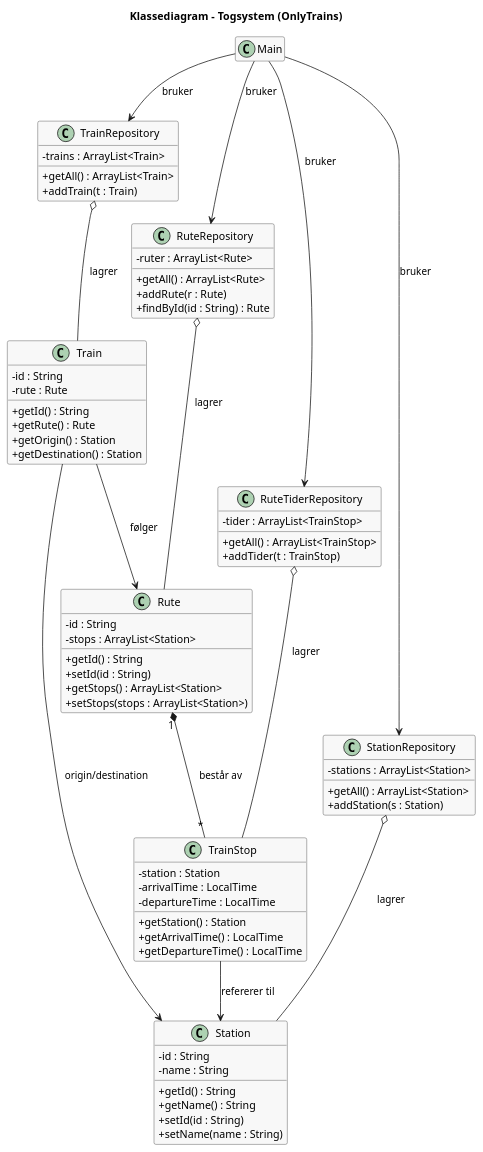
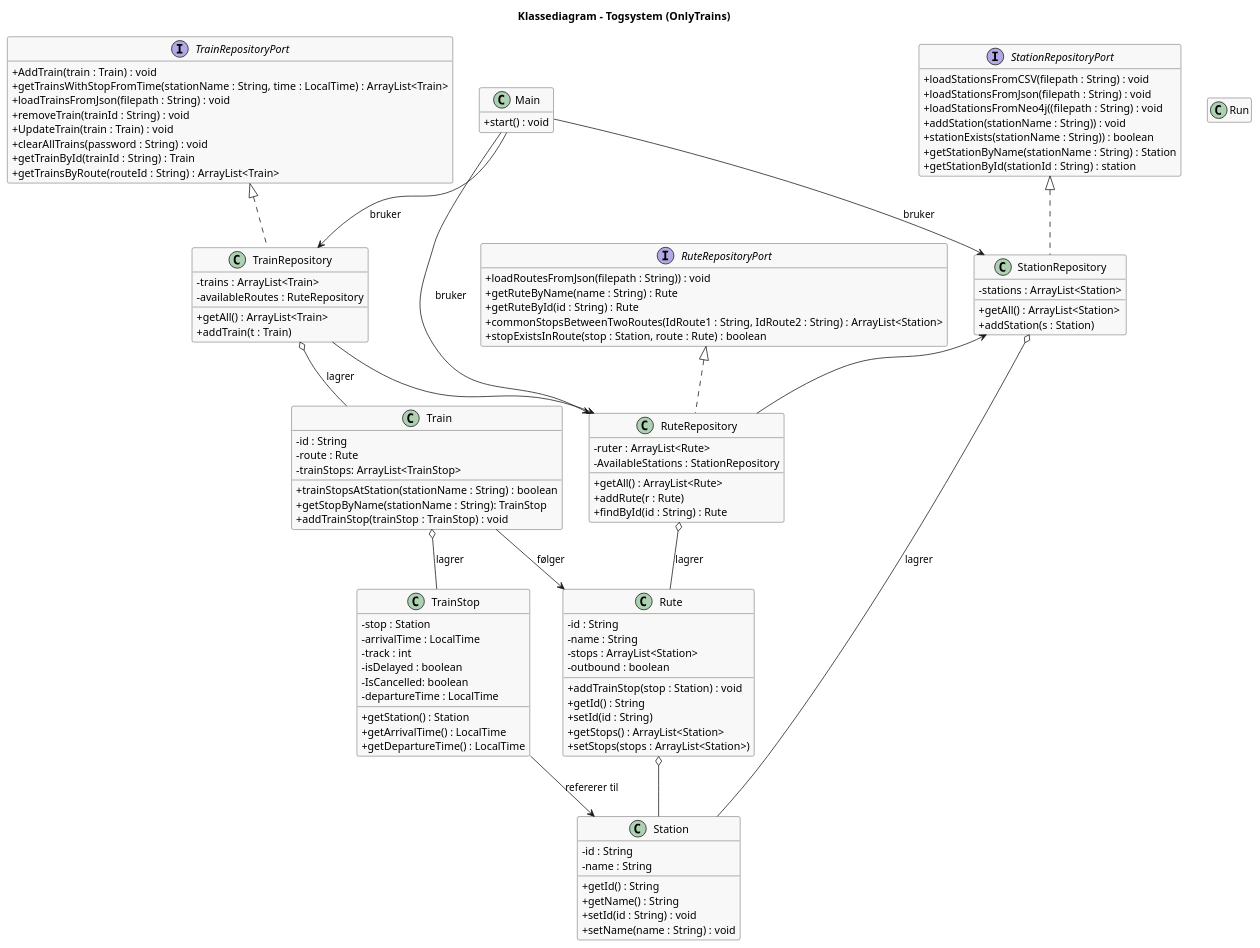
One commit to Leorita/Software-engineer changed the diagram in OnlyTrainsApplication/src/Klassediagram.puml. Above: the diagram before and after it, drawn with PlantUML. The commit also changed 1 other file, not shown here.

Commit message:
Fikset klassediagram.puml slik at det ble riktig

```diff
--- a/OnlyTrainsApplication/src/Klassediagram.puml
+++ b/OnlyTrainsApplication/src/Klassediagram.puml
@@ -1,94 +1,133 @@
 @startuml
 title Klassediagram – Togsystem (OnlyTrains)
 hide empty members
 skinparam classAttributeIconSize 0
 skinparam class {
     BackgroundColor #F8F8F8
     BorderColor #333333
 }
 
 ' =======================
 ' Klasser
 ' =======================
+interface TrainRepositoryPort{
+    + AddTrain(train : Train) : void
+    + getTrainsWithStopFromTime(stationName : String, time : LocalTime) : ArrayList<Train>
+    + loadTrainsFromJson(filepath : String) : void
+    + removeTrain(trainId : String) : void
+    + UpdateTrain(train : Train) : void
+    + clearAllTrains(password : String) : void
+    + getTrainById(trainId : String) : Train
+    + getTrainsByRoute(routeId : String) : ArrayList<Train>
+}
+interface RuteRepositoryPort{
+    + loadRoutesFromJson(filepath : String)) : void
+    + getRuteByName(name : String) : Rute
+    + getRuteById(id : String) : Rute
+    + commonStopsBetweenTwoRoutes(IdRoute1 : String, IdRoute2 : String) : ArrayList<Station>
+    + stopExistsInRoute(stop : Station, route : Rute) : boolean
+}
+
+interface StationRepositoryPort{
+    + loadStationsFromCSV(filepath : String) : void
+    + loadStationsFromJson(filepath : String) : void
+    + loadStationsFromNeo4j((filepath : String) : void
+    + addStation(stationName : String)) : void
+    + stationExists(stationName : String)) : boolean
+    + getStationByName(stationName : String) : Station
+    + getStationById(stationId : String) : station
+}
 
 class Rute {
     - id : String
+    - name : String
     - stops : ArrayList<Station>
+    - outbound : boolean
+    + addTrainStop(stop : Station) : void
     + getId() : String
     + setId(id : String)
     + getStops() : ArrayList<Station>
     + setStops(stops : ArrayList<Station>)
 }
 
 class Station {
     - id : String
     - name : String
     + getId() : String
     + getName() : String
-    + setId(id : String)
-    + setName(name : String)
+    + setId(id : String) : void
+    + setName(name : String) : void
 }
 
 class Train {
     - id : String
-    - rute : Rute
-    + getId() : String
-    + getRute() : Rute
-    + getOrigin() : Station
-    + getDestination() : Station
+    - route : Rute
+    - trainStops: ArrayList<TrainStop>
+    + trainStopsAtStation(stationName : String) : boolean
+    + getStopByName(stationName : String): TrainStop
+    + addTrainStop(trainStop : TrainStop) : void
 }
 
 class TrainStop {
-    - station : Station
+    - stop : Station
     - arrivalTime : LocalTime
+    - track : int
+    - isDelayed : boolean
+    - IsCancelled: boolean
     - departureTime : LocalTime
     + getStation() : Station
     + getArrivalTime() : LocalTime
     + getDepartureTime() : LocalTime
 }
 
-class RuteRepository {
+class RuteRepository implements RuteRepositoryPort{
     - ruter : ArrayList<Rute>
+    - AvailableStations : StationRepository
     + getAll() : ArrayList<Rute>
     + addRute(r : Rute)
     + findById(id : String) : Rute
 }
 
-class RuteTiderRepository {
-    - tider : ArrayList<TrainStop>
-    + getAll() : ArrayList<TrainStop>
-    + addTider(t : TrainStop)
-}
 
-class StationRepository {
+class StationRepository implements StationRepositoryPort{
     - stations : ArrayList<Station>
     + getAll() : ArrayList<Station>
     + addStation(s : Station)
 }
 
-class TrainRepository {
+class TrainRepository implements TrainRepositoryPort {
     - trains : ArrayList<Train>
+    - availableRoutes : RuteRepository
     + getAll() : ArrayList<Train>
     + addTrain(t : Train)
 }
 
-class Main
+class Main{
+ + start() : void
+}
 
 ' =======================
 ' Relasjoner
 ' =======================
 
-Rute "1" *-- "*" TrainStop : består av
+class Run{
+}
+
+Train --> Rute : følger
+Train o-- TrainStop : lagrer
 TrainStop --> Station : refererer til
-Train --> Rute : følger
-Train --> Station : origin/destination
+
+Rute o-- Station
+StationRepository <-- RuteRepository
+StationRepository o-- Station : lagrer
+
 RuteRepository o-- Rute : lagrer
-RuteTiderRepository o-- TrainStop : lagrer
-StationRepository o-- Station : lagrer
+
+TrainRepository --> RuteRepository
 TrainRepository o-- Train : lagrer
+
 Main --> RuteRepository : bruker
 Main --> StationRepository : bruker
 Main --> TrainRepository : bruker
-Main --> RuteTiderRepository : bruker
 
 @enduml
```
